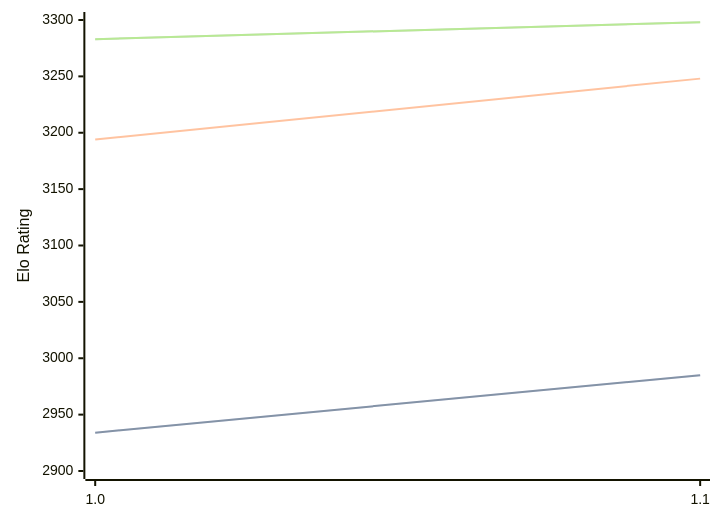
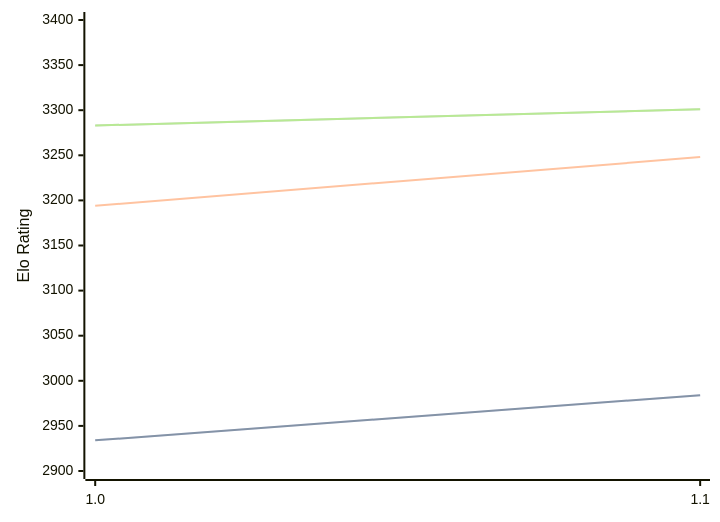
Before and after one commit to computer-chess-index/cci: the diagram in engines/RodentV.md, drawn with Mermaid. The commit also changed other lines of this file, not shown here.

Commit message:
Update CCI Ratings (ELO VLTC) - 2026-08-31

````diff
--- a/engines/RodentV.md
+++ b/engines/RodentV.md
@@ -32,11 +33,11 @@
 ```mermaid
 %%{init: {"theme":"base","themeVariables":{"seriesColors:['#a3a3a3','#222221','#faa371']}}}%%
 xychart-beta
   x-axis ["1.0", "1.1"]
-  y-axis "Elo Rating" 2900 --> 3300
-  line "" [2934, 2985]
-  line "STC (8.0+0.08s)" [2934, 2985]
+  y-axis "Elo Rating" 2900 --> 3400
+  line "" [2934, 2984]
+  line "STC (8.0+0.08s)" [2934, 2984]
   line "LTC (60.0+0.60s)" [3194, 3248]
-  line "" [3283, 3298]
-  line "VLTC (2m24s+1.12s)" [3283, 3298]
+  line "" [3283, 3301]
+  line "VLTC (2m24s+1.12s)" [3283, 3301]
 ```
````
